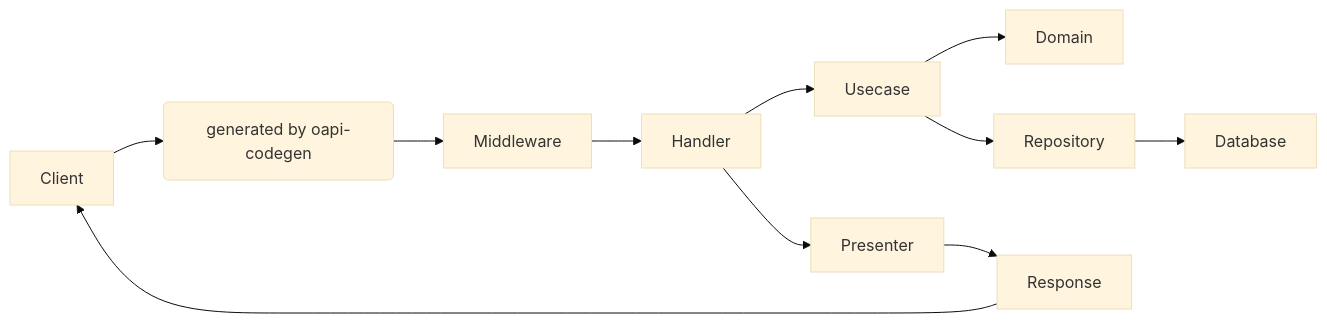
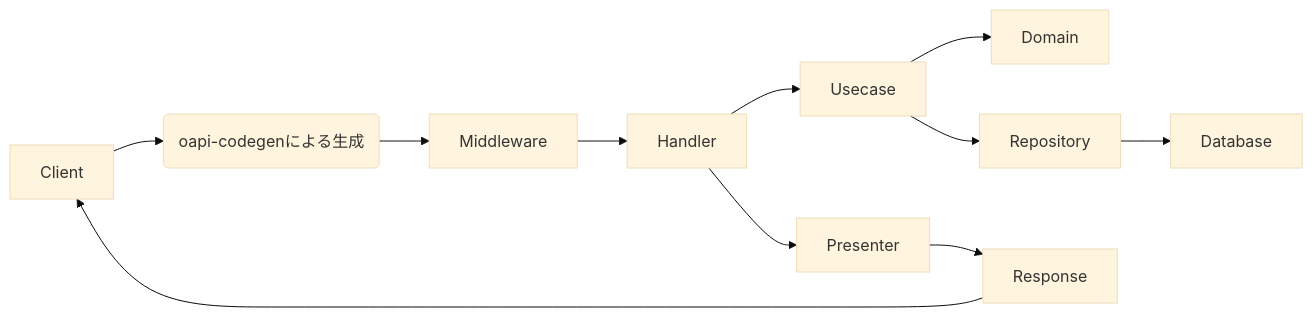
One commit to Tomy-ch/go-boilerplate changed the first of 10 diagrams in internal/controller/handler/README.md. Above: the diagram before and after it, drawn with Mermaid (base theme). The commit also changed other lines of this file and 970 other files, not shown here.

````diff
--- a/internal/controller/handler/README.md
+++ b/internal/controller/handler/README.md
@@ -47,15 +42,15 @@
 ```mermaid
 flowchart LR
 
-Client --> Router(generated by oapi-codegen)
-Router(generated by oapi-codegen) --> Middleware
+Client --> Router(oapi-codegenによる生成)
+Router(oapi-codegenによる生成) --> Middleware
 Middleware --> Handler
 Handler --> Usecase
 Usecase --> Domain
 Usecase --> Repository
 Repository --> Database
 
 Handler --> Presenter
 Presenter --> Response
 Response --> Client
 ```
````
